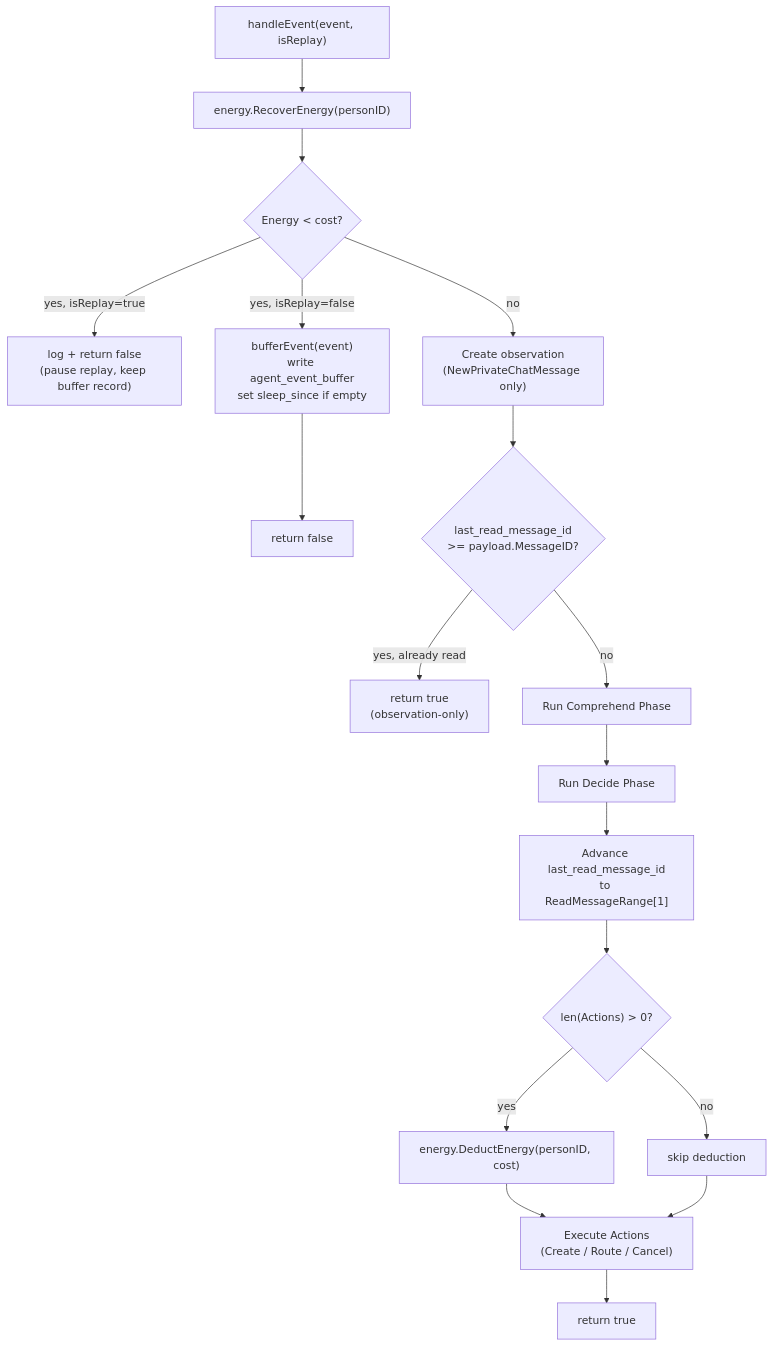
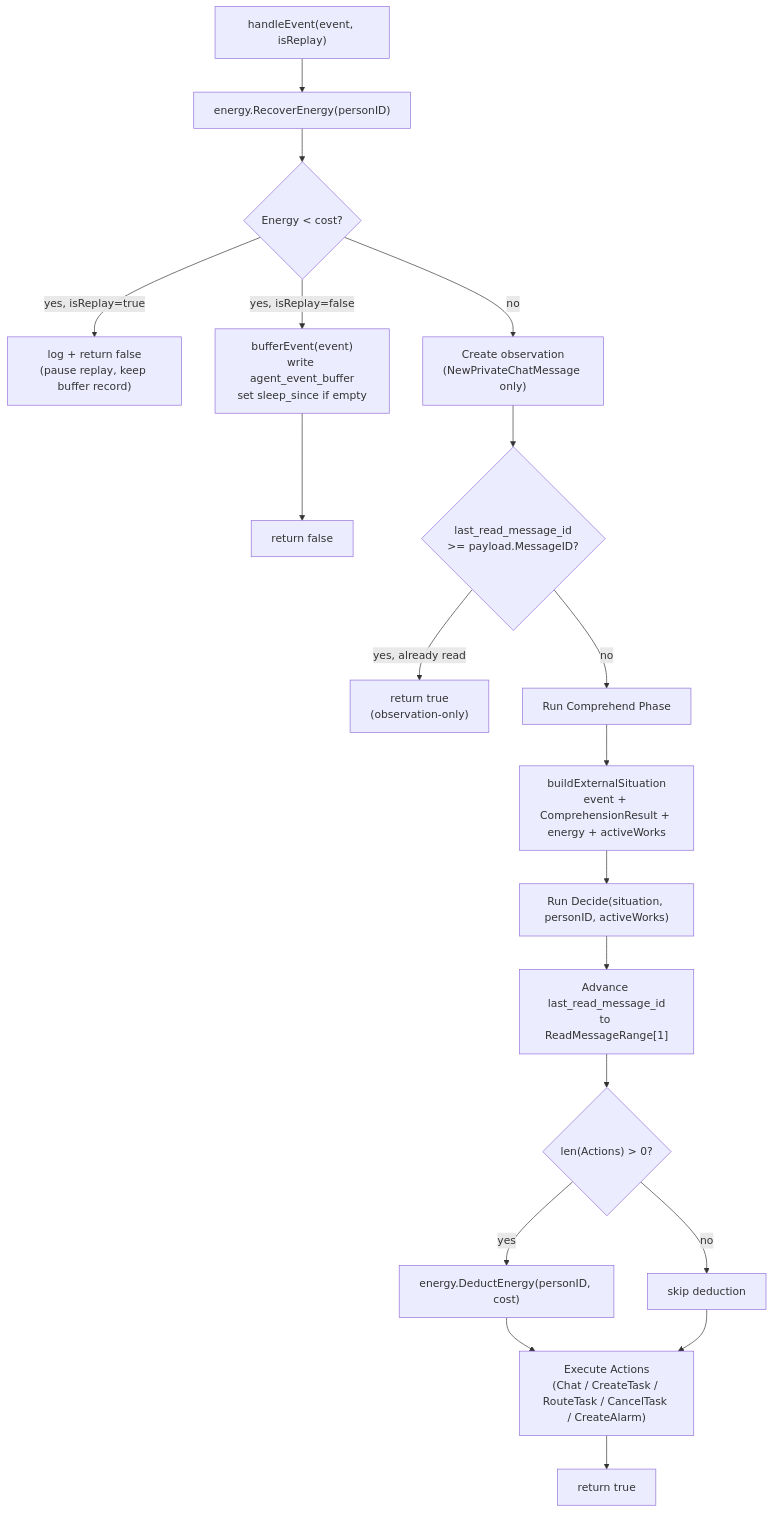
Before and after one commit to KoanJan/qingqiu-world: the third of 10 diagrams in doc/engineering_implements/agent-runtime-event-loop.md, drawn with Mermaid. The commit also changed other lines of this file and 32 other files, not shown here.

````diff
--- a/doc/engineering_implements/agent-runtime-event-loop.md
+++ b/doc/engineering_implements/agent-runtime-event-loop.md
@@ -99,20 +125,21 @@
 ```mermaid
 flowchart TD
     Enter["handleEvent(event, isReplay)"] --> Recover["energy.RecoverEnergy(personID)"]
     Recover --> EnergyCheck{"Energy < cost?"}
     EnergyCheck -->|yes, isReplay=true| PauseReplay["log + return false<br/>(pause replay, keep buffer record)"]
     EnergyCheck -->|yes, isReplay=false| Buffer["bufferEvent(event)<br/>write agent_event_buffer<br/>set sleep_since if empty"]
     Buffer --> ReturnFalse["return false"]
     EnergyCheck -->|no| PreRead["Create observation<br/>(NewPrivateChatMessage only)"]
     PreRead --> BatchCheck{"last_read_message_id<br/>>= payload.MessageID?"}
     BatchCheck -->|yes, already read| Skip["return true<br/>(observation-only)"]
     BatchCheck -->|no| ComprehendPhase["Run Comprehend Phase"]
-    ComprehendPhase --> DecidePhase["Run Decide Phase"]
+    ComprehendPhase --> BuildSituation["buildExternalSituation<br/>event + ComprehensionResult + energy + activeWorks"]
+    BuildSituation --> DecidePhase["Run Decide(situation, personID, activeWorks)"]
     DecidePhase --> AdvanceRead["Advance last_read_message_id<br/>to ReadMessageRange[1]"]
     AdvanceRead --> Deduct{"len(Actions) > 0?"}
     Deduct -->|yes| DeductEnergy["energy.DeductEnergy(personID, cost)"]
     Deduct -->|no| SkipDeduct["skip deduction"]
     DeductEnergy --> ExecActions
-    SkipDeduct --> ExecActions["Execute Actions<br/>(Create / Route / Cancel)"]
+    SkipDeduct --> ExecActions["Execute Actions<br/>(Chat / CreateTask / RouteTask / CancelTask / CreateAlarm)"]
     ExecActions --> ReturnTrue["return true"]
 ```
````
